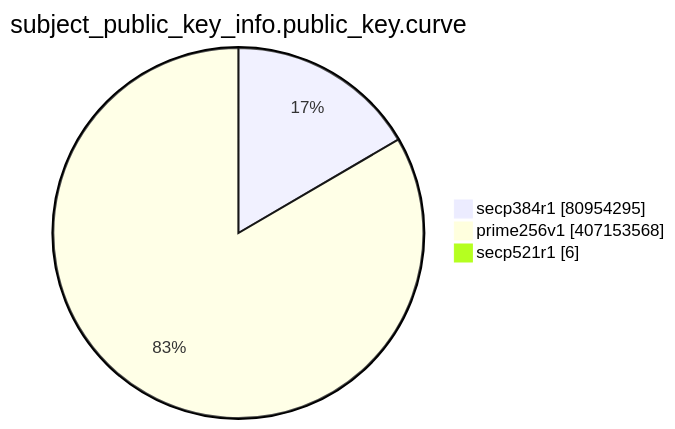
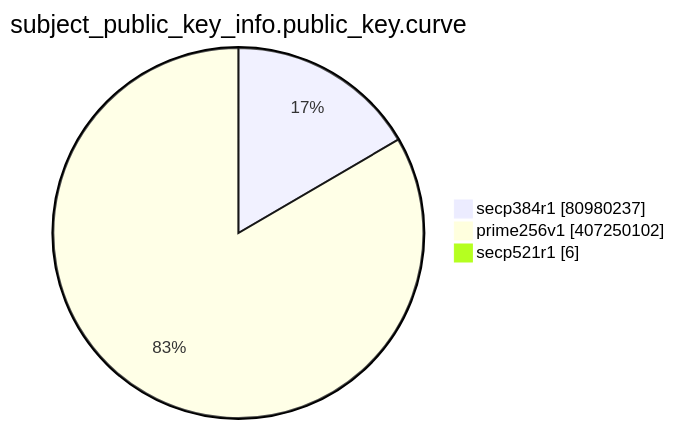
The eighth of 15 diagrams in TOTAL/README.md (christiankrug/ctmonitor_visualization), drawn with Mermaid before and after one commit. The commit also changed other lines of this file, not shown here.

````diff
--- a/TOTAL/README.md
+++ b/TOTAL/README.md
@@ -3096,7 +3096,7 @@
 ```mermaid
 pie showData
 title subject_public_key_info.public_key.curve
-"secp384r1" :80954295
-"prime256v1" :407153568
+"secp384r1" :80980237
+"prime256v1" :407250102
 "secp521r1" :6
 ```
````
